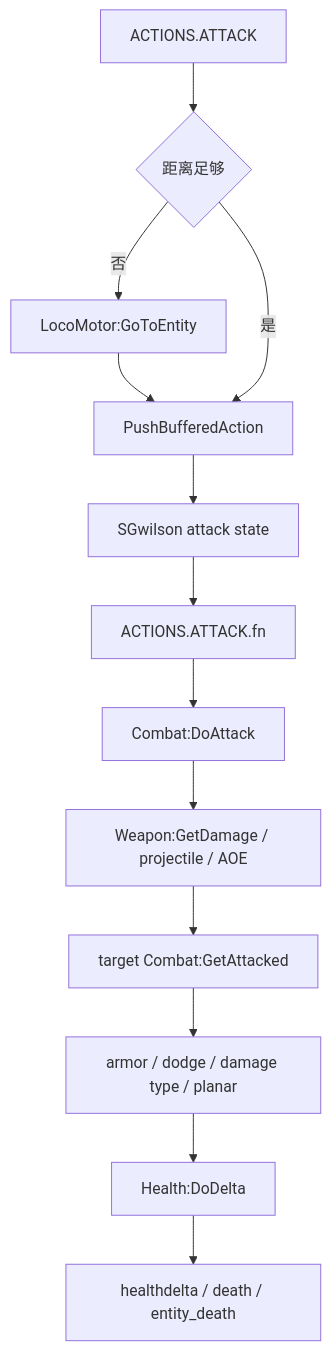
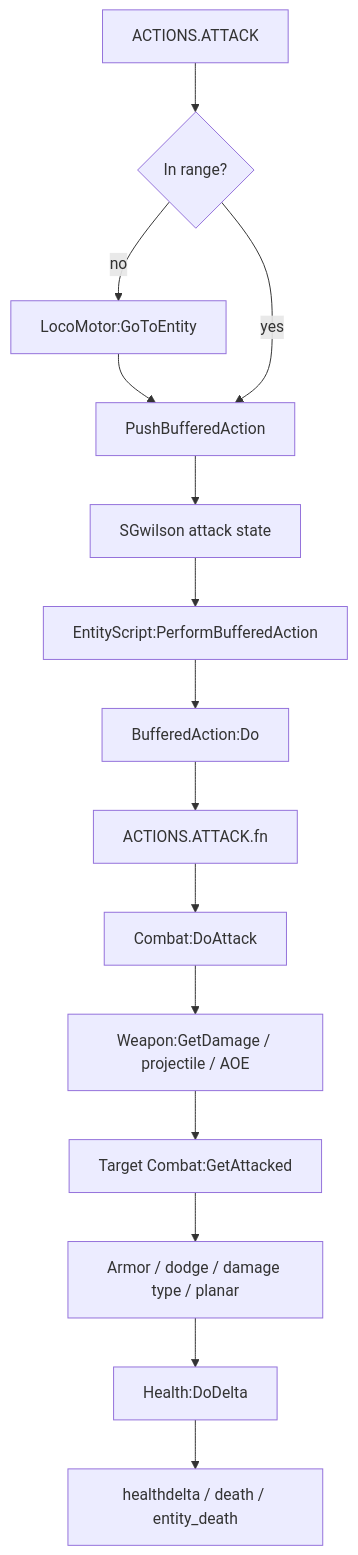
One commit to LetsStarveTogether/dst-server changed the diagram in dst-scripts/index/0x6000-gameplay-systems/0x6200-survival-combat/0x6201-combat-damage.md. Above: the diagram before and after it, drawn with Mermaid. The commit also changed other lines of this file and 83 other files, not shown here.

```diff
--- a/dst-scripts/index/0x6000-gameplay-systems/0x6200-survival-combat/0x6201-combat-damage.md
+++ b/dst-scripts/index/0x6000-gameplay-systems/0x6200-survival-combat/0x6201-combat-damage.md
@@ -100,16 +102,18 @@
 ~~~mermaid
 flowchart TD
     A["ACTIONS.ATTACK"]
-    A --> B{"距离足够"}
-    B -->|否| C["LocoMotor:GoToEntity"]
+    A --> B{"In range?"}
+    B -->|no| C["LocoMotor:GoToEntity"]
     C --> D["PushBufferedAction"]
-    B -->|是| D
+    B -->|yes| D
     D --> E["SGwilson attack state"]
-    E --> F["ACTIONS.ATTACK.fn"]
+    E --> M["EntityScript:PerformBufferedAction"]
+    M --> N["BufferedAction:Do"]
+    N --> F["ACTIONS.ATTACK.fn"]
     F --> G["Combat:DoAttack"]
     G --> H["Weapon:GetDamage / projectile / AOE"]
-    H --> I["target Combat:GetAttacked"]
-    I --> J["armor / dodge / damage type / planar"]
+    H --> I["Target Combat:GetAttacked"]
+    I --> J["Armor / dodge / damage type / planar"]
     J --> K["Health:DoDelta"]
     K --> L["healthdelta / death / entity_death"]
 ~~~
```
